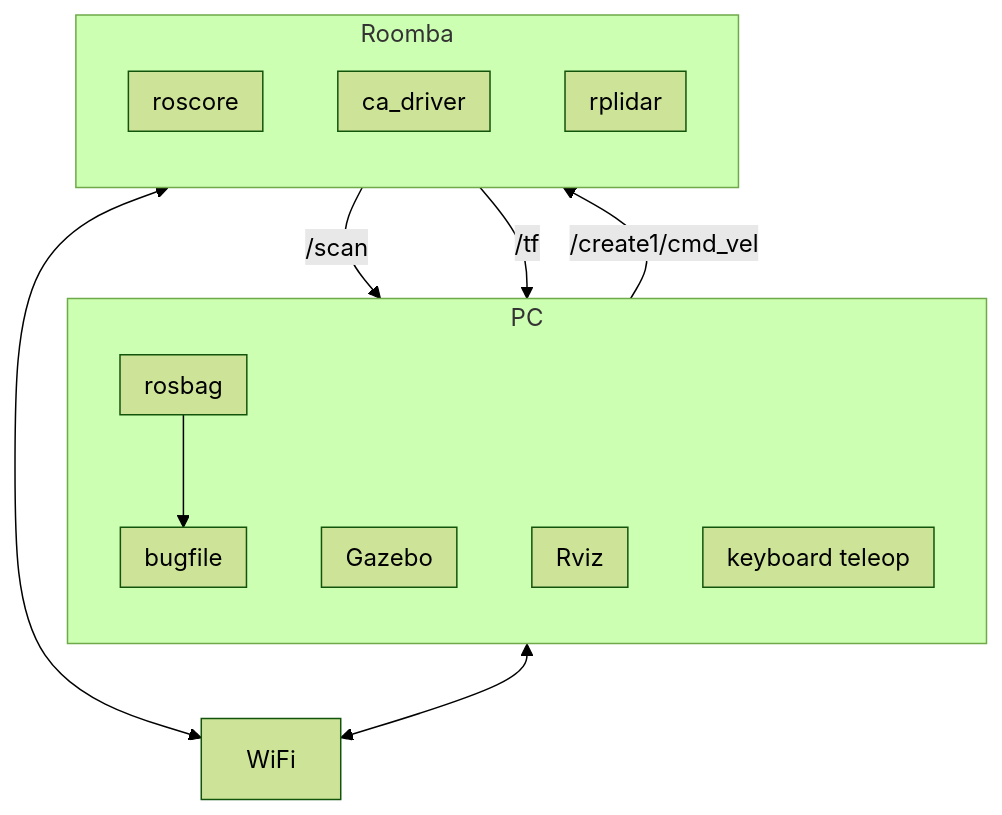
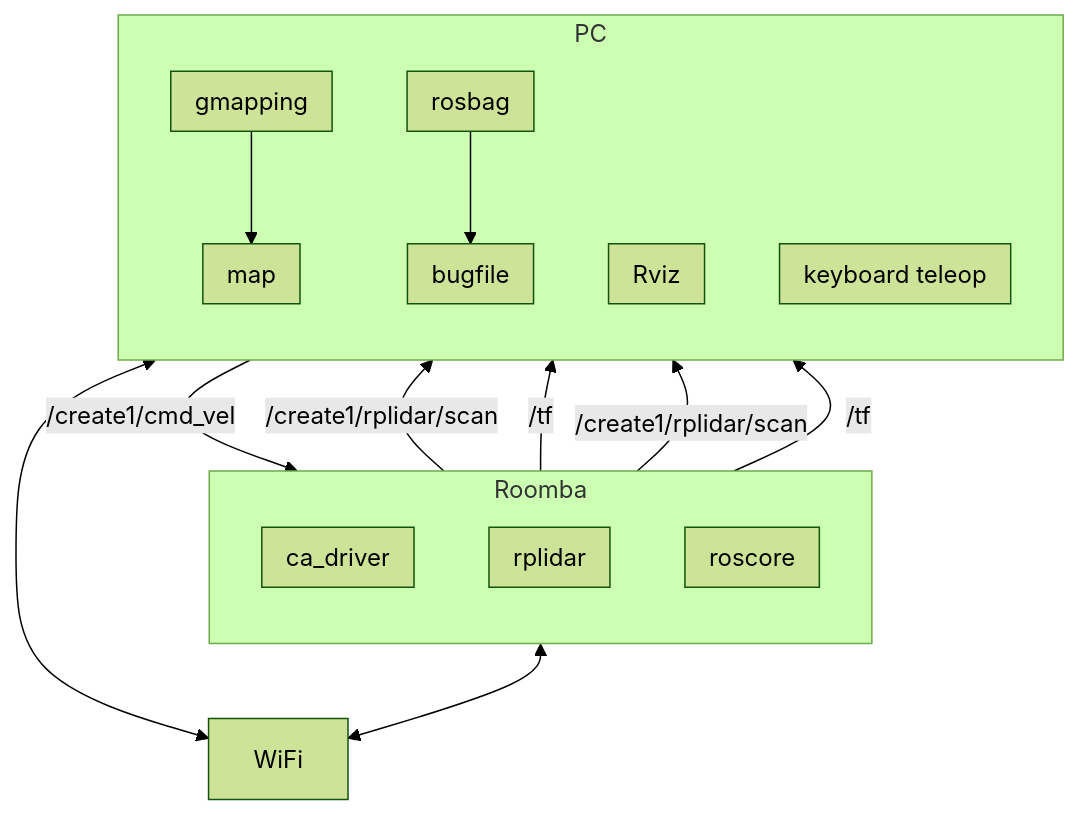
The diagram in ROS/instructions/slam-gmapping-real-roomba-ca_bringup.md (docofab/RoombaControlls), drawn with Mermaid (forest theme) before and after one commit.

Commit message:
Updated flowchart

````diff
--- a/ROS/instructions/slam-gmapping-real-roomba-ca_bringup.md
+++ b/ROS/instructions/slam-gmapping-real-roomba-ca_bringup.md
@@ -11,39 +11,45 @@
 ```mermaid
 flowchart TB
+  subgraph Roomba
+    direction TB
+    subgraph C1[roscore]
+        direction TB
+    end
+    subgraph C2[rplidar]
+        direction TB
+    end
+    subgraph C3[ca_driver]
+        direction TB
+    end
+  end
   subgraph PC
     direction TB
     subgraph B3[keyboard teleop]
         direction TB
     end
     subgraph B6[Rviz]
         direction TB
     end
-    subgraph B7[Gazebo]
-        direction TB
-    end
     subgraph B4[rosbag]
         direction TB
     end
     subgraph B5[bugfile]
         direction TB
     end
-  end
-  subgraph Roomba
-    direction TB
-    subgraph C2[rplidar]
+    subgraph B7[gmapping]
         direction TB
     end
-    subgraph C1[ca_driver]
-        direction TB
-    end
-    subgraph C3[roscore]
+    subgraph B8[map]
         direction TB
     end
   end
-B3 -- /create1/cmd_vel --> C1
-C2 -- /scan --> B4
-C1 -- /tf --> B4
+B3 -- /create1/cmd_vel --> C3
+C2 -- /create1/rplidar/scan --> B4
+C2 -- /tf --> B4
+C3 -- /create1/rplidar/scan --> B7
+C3 -- /tf --> B7
 B4 --> B5
+B7 --> B8
+Roomba <--> WiFi
 PC <--> WiFi
-Roomba <--> WiFi
 ```
````
